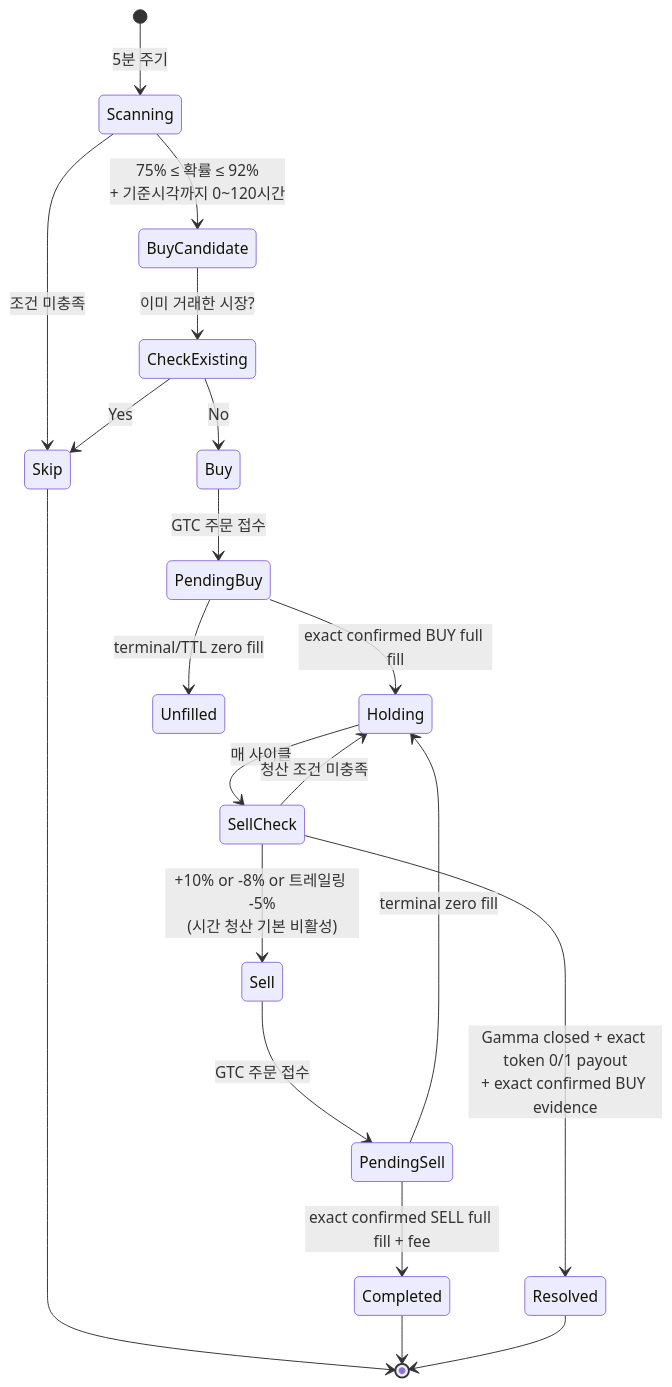
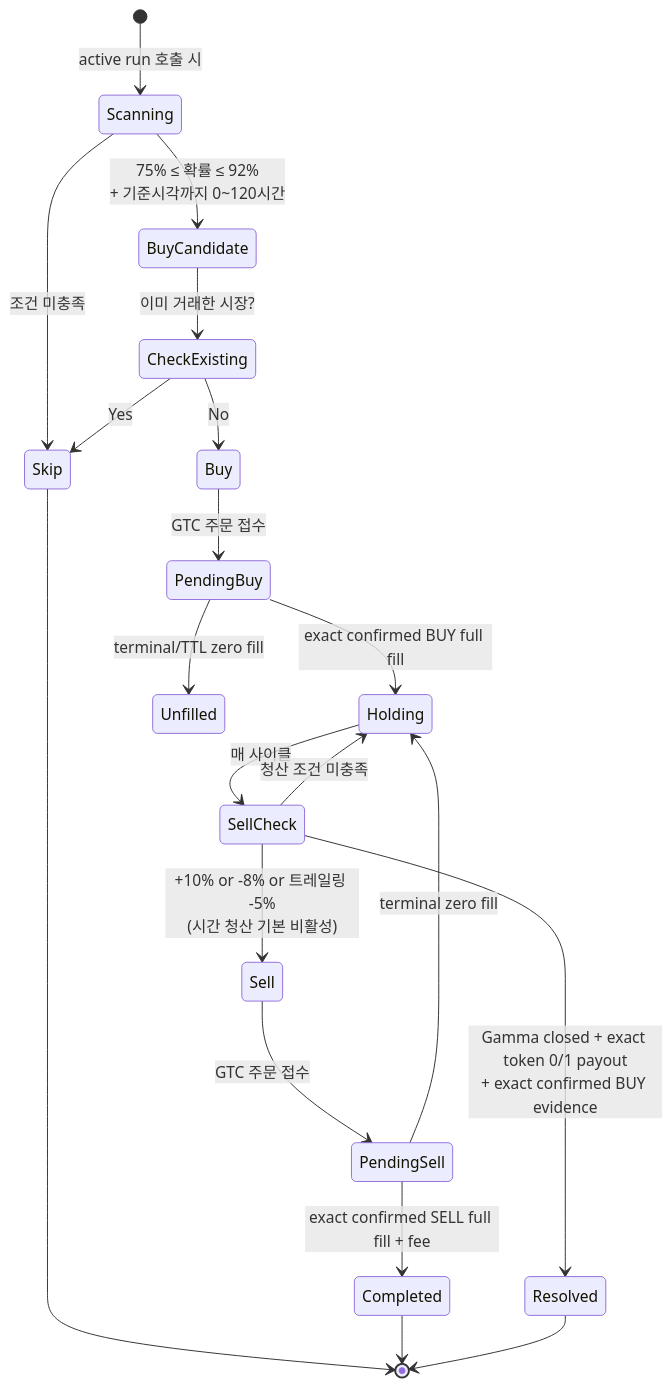
One commit to izowooi/golden-burger changed the second of 2 diagrams in golden-cherry/README.md. Above: the diagram before and after it, drawn with Mermaid. The commit also changed other lines of this file and 158 other files, not shown here.

````diff
--- a/golden-cherry/README.md
+++ b/golden-cherry/README.md
@@ -43,28 +53,28 @@
 ```mermaid
 stateDiagram-v2
-    [*] --> Scanning: 5분 주기
+    [*] --> Scanning: active run 호출 시
 
     Scanning --> BuyCandidate: 75% ≤ 확률 ≤ 92%<br/>+ 기준시각까지 0~120시간
     Scanning --> Skip: 조건 미충족
 
     BuyCandidate --> CheckExisting: 이미 거래한 시장?
     CheckExisting --> Skip: Yes
     CheckExisting --> Buy: No
 
     Buy --> PendingBuy: GTC 주문 접수
     PendingBuy --> Holding: exact confirmed BUY full fill
     PendingBuy --> Unfilled: terminal/TTL zero fill
 
     Holding --> SellCheck: 매 사이클
     SellCheck --> Holding: 청산 조건 미충족
     SellCheck --> Sell: +10% or -8% or 트레일링 -5%<br/>(시간 청산 기본 비활성)
     SellCheck --> Resolved: Gamma closed + exact token 0/1 payout<br/>+ exact confirmed BUY evidence
 
     Sell --> PendingSell: GTC 주문 접수
     PendingSell --> Completed: exact confirmed SELL full fill + fee
     PendingSell --> Holding: terminal zero fill
 
     Skip --> [*]
     Completed --> [*]
     Resolved --> [*]
 ```
````
